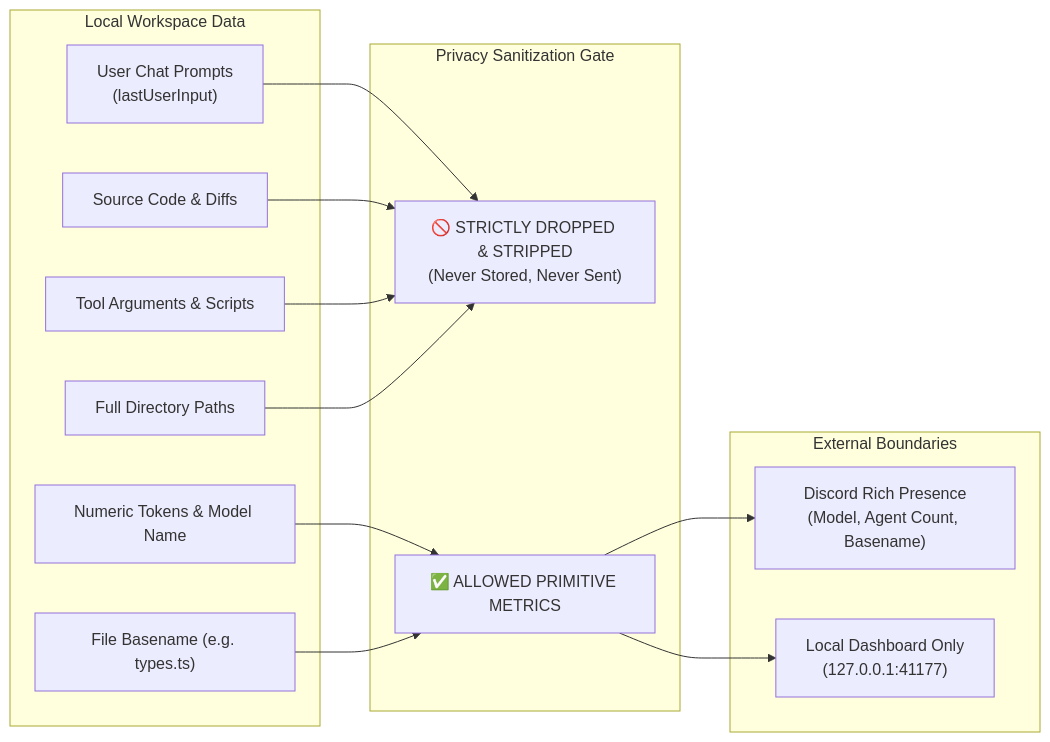
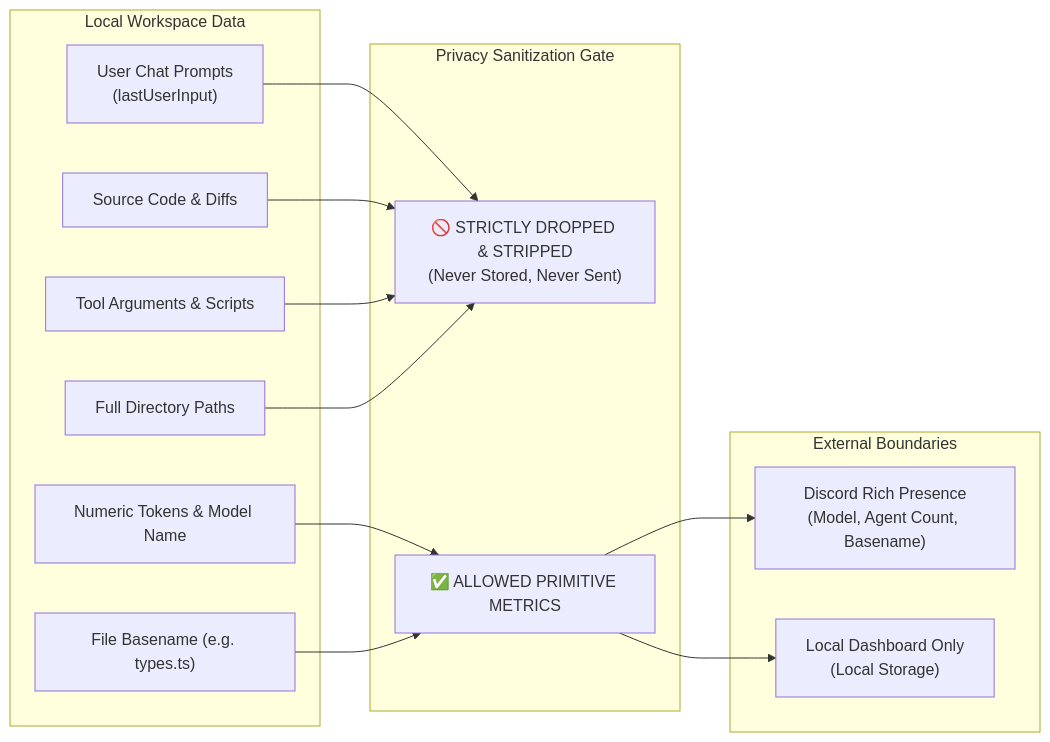
The third of 3 diagrams in README.md (itsjamiedev/Antigravity-Discord-RPC-), drawn with Mermaid before and after one commit. The commit also changed other lines of this file and 13 other files, not shown here.

````diff
--- a/README.md
+++ b/README.md
@@ -148,26 +148,26 @@
 ```mermaid
 flowchart LR
     subgraph Local Workspace Data
         P["User Chat Prompts<br/>(lastUserInput)"]
         C["Source Code & Diffs"]
         A["Tool Arguments & Scripts"]
         F["Full Directory Paths"]
         T["Numeric Tokens & Model Name"]
         B["File Basename (e.g. types.ts)"]
     end
 
     subgraph Privacy Sanitization Gate
         DROP["🚫 STRICTLY DROPPED & STRIPPED<br/>(Never Stored, Never Sent)"]
         PASS["✅ ALLOWED PRIMITIVE METRICS"]
     end
 
     subgraph External Boundaries
         DISCORD["Discord Rich Presence<br/>(Model, Agent Count, Basename)"]
-        LOCAL["Local Dashboard Only<br/>(127.0.0.1:41177)"]
+        LOCAL["Local Dashboard Only<br/>(Local Storage)"]
     end
 
     P & C & A & F --> DROP
     T & B --> PASS
     PASS --> DISCORD
     PASS --> LOCAL
 ```
````
